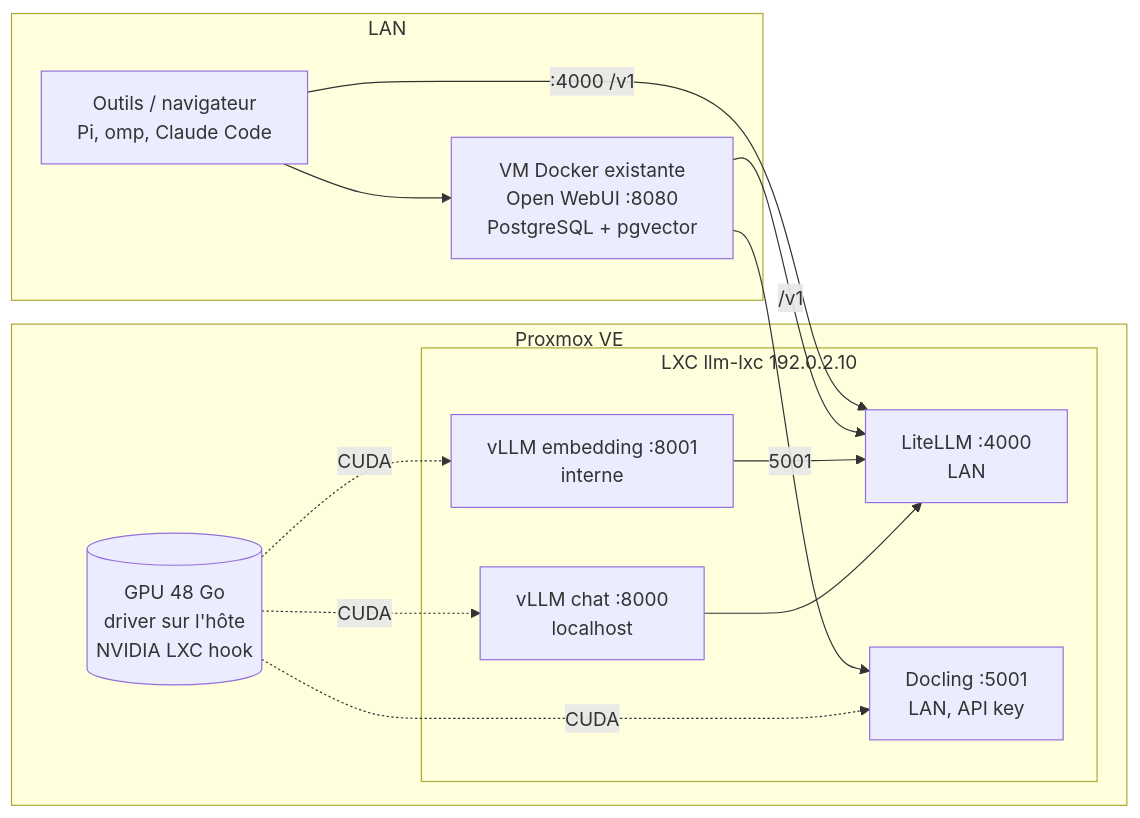
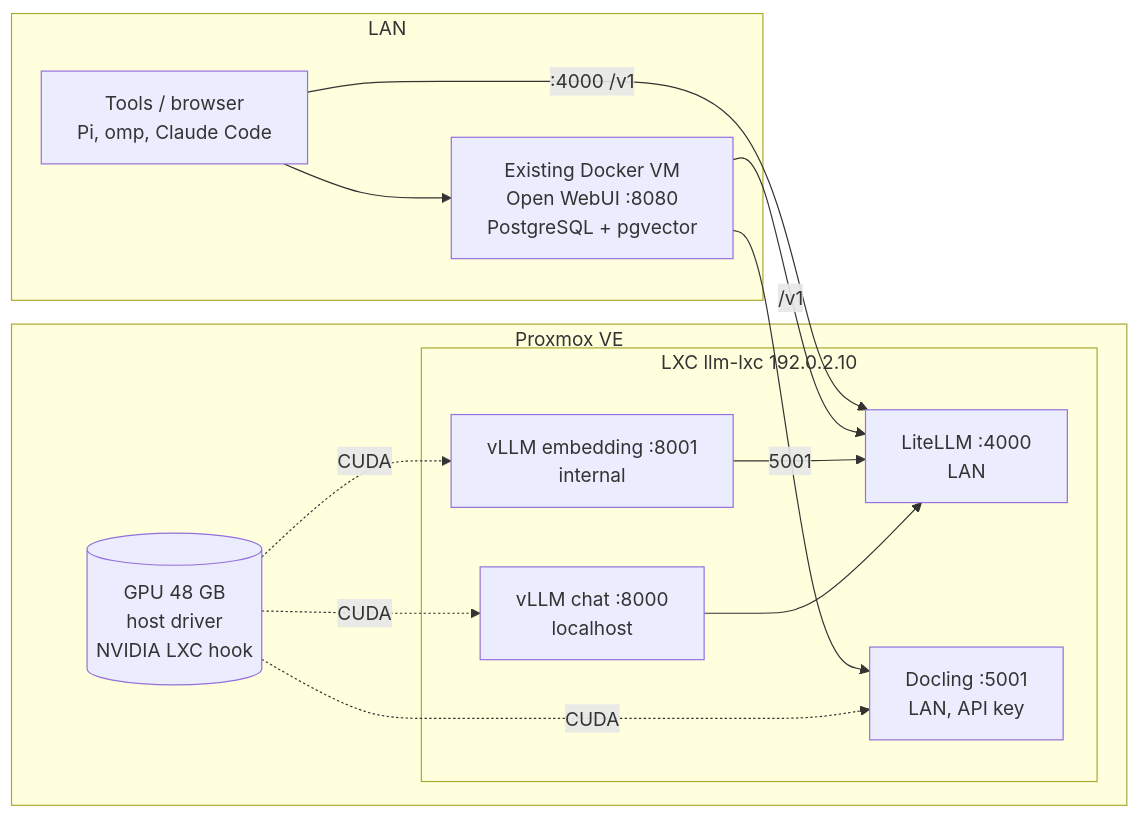
Before and after one commit to MrCaptainDartz/llm-inference-vm: the diagram in README.md, drawn with Mermaid. The commit also changed other lines of this file and 8 other files, not shown here.

````diff
--- a/README.md
+++ b/README.md
@@ -18,25 +18,25 @@
 ```mermaid
 flowchart LR
     subgraph LAN
-        U[VM Docker existante<br/>Open WebUI :8080<br/>PostgreSQL + pgvector]
-        T[Outils / navigateur<br/>Pi, omp, Claude Code]
+        U[Existing Docker VM<br/>Open WebUI :8080<br/>PostgreSQL + pgvector]
+        T[Tools / browser<br/>Pi, omp, Claude Code]
     end
     subgraph PVE[Proxmox VE]
         subgraph LXC[LXC llm-lxc 192.0.2.10]
             V[vLLM chat :8000<br/>localhost]
-            E[vLLM embedding :8001<br/>interne]
+            E[vLLM embedding :8001<br/>internal]
             L[LiteLLM :4000<br/>LAN]
             D[Docling :5001<br/>LAN, API key]
             V --> L
             E --> L
         end
-        G[(GPU 48 Go<br/>driver sur l'hôte<br/>NVIDIA LXC hook)]
+        G[(GPU 48 GB<br/>host driver<br/>NVIDIA LXC hook)]
         G -. CUDA .-> V
         G -. CUDA .-> E
         G -. CUDA .-> D
     end
     U -->|/v1| L
     U -->|5001| D
     T --> U
     T -->|:4000 /v1| L
 ```
````
